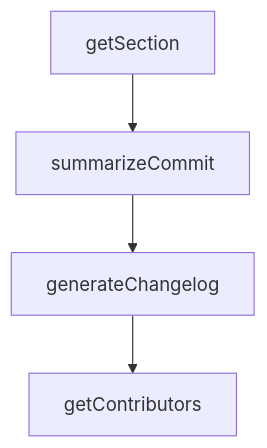
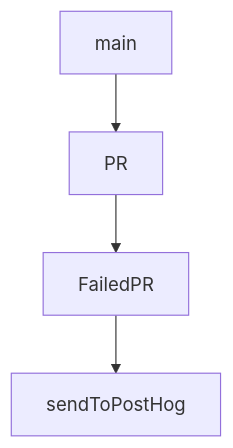
The diagram in tutorials/kilocode-tutorial/02-agent-loop-and-state-model.md (johnxie/awesome-code-docs), drawn with Mermaid before and after one commit. The commit also changed other lines of this file and 1232 other files, not shown here.

````diff
--- a/tutorials/kilocode-tutorial/02-agent-loop-and-state-model.md
+++ b/tutorials/kilocode-tutorial/02-agent-loop-and-state-model.md
@@ -210,10 +208,10 @@
 ```mermaid
 flowchart TD
-    A[getSection]
-    B[summarizeCommit]
-    C[generateChangelog]
-    D[getContributors]
+    A[main]
+    B[PR]
+    C[FailedPR]
+    D[sendToPostHog]
     A --> B
     B --> C
     C --> D
 ```
````
